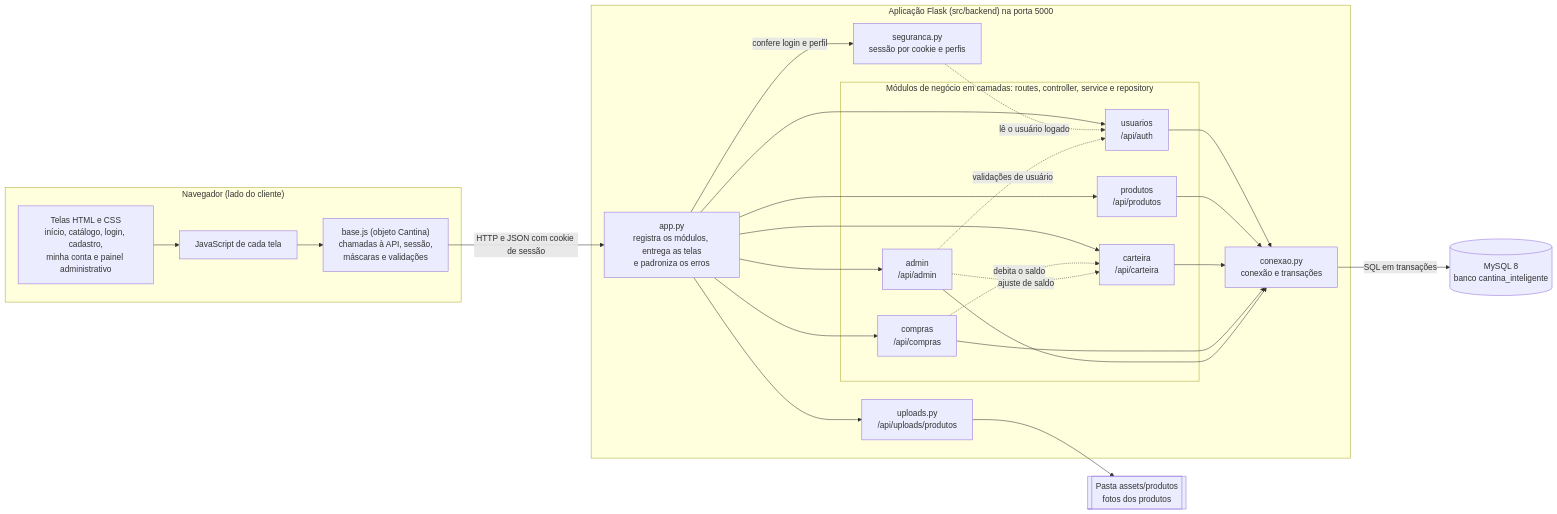
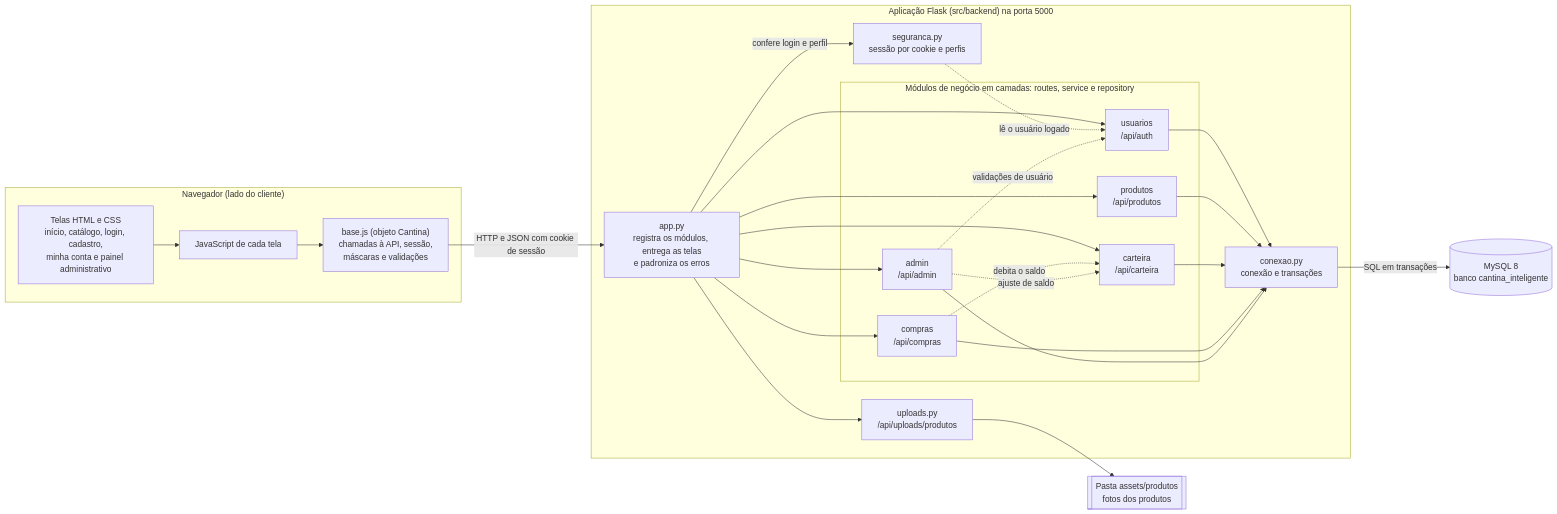
One commit to senai-AEx/cantinaInteligente changed the diagram in docs/diagramas/componentes.mmd. Above: the diagram before and after it, drawn with Mermaid. The commit also changed 9 other files, not shown here.

```diff
--- a/docs/diagramas/componentes.mmd
+++ b/docs/diagramas/componentes.mmd
@@ -1,45 +1,45 @@
 flowchart LR
     subgraph navegador["Navegador (lado do cliente)"]
         telas["Telas HTML e CSS<br/>início, catálogo, login, cadastro,<br/>minha conta e painel administrativo"]
         scripts["JavaScript de cada tela"]
         basejs["base.js (objeto Cantina)<br/>chamadas à API, sessão,<br/>máscaras e validações"]
     end
 
     subgraph servidor["Aplicação Flask (src/backend) na porta 5000"]
         app["app.py<br/>registra os módulos, entrega as telas<br/>e padroniza os erros"]
         seg["seguranca.py<br/>sessão por cookie e perfis"]
-        subgraph modulos["Módulos de negócio em camadas: routes, controller, service e repository"]
+        subgraph modulos["Módulos de negócio em camadas: routes, service e repository"]
             usuarios["usuarios<br/>/api/auth"]
             produtos["produtos<br/>/api/produtos"]
             carteira["carteira<br/>/api/carteira"]
             compras["compras<br/>/api/compras"]
             admin["admin<br/>/api/admin"]
         end
         uploads["uploads.py<br/>/api/uploads/produtos"]
         conexao["conexao.py<br/>conexão e transações"]
     end
 
     bd[("MySQL 8<br/>banco cantina_inteligente")]
     fotos[["Pasta assets/produtos<br/>fotos dos produtos"]]
 
     telas --> scripts
     scripts --> basejs
     basejs -->|"HTTP e JSON com cookie de sessão"| app
     app -->|"confere login e perfil"| seg
     app --> usuarios
     app --> produtos
     app --> carteira
     app --> compras
     app --> admin
     app --> uploads
     seg -.->|"lê o usuário logado"| usuarios
     compras -.->|"debita o saldo"| carteira
     admin -.->|"ajuste de saldo"| carteira
     admin -.->|"validações de usuário"| usuarios
     usuarios --> conexao
     produtos --> conexao
     carteira --> conexao
     compras --> conexao
     admin --> conexao
     conexao -->|"SQL em transações"| bd
     uploads --> fotos
```
